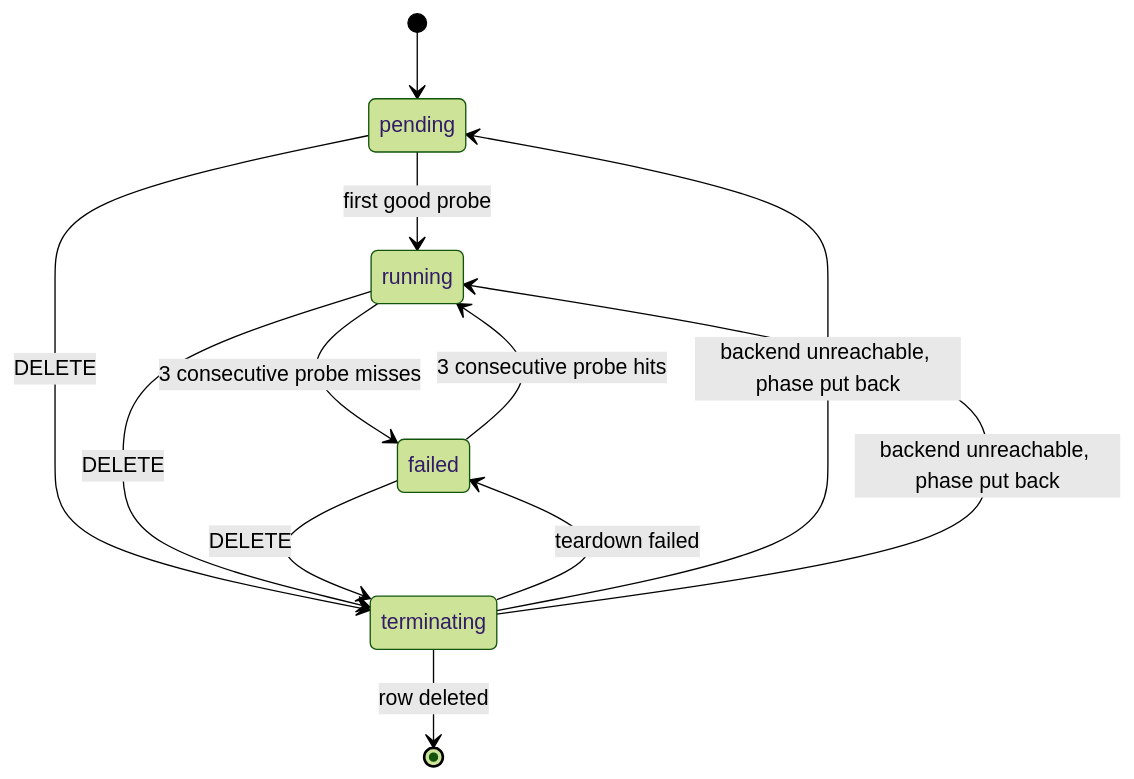
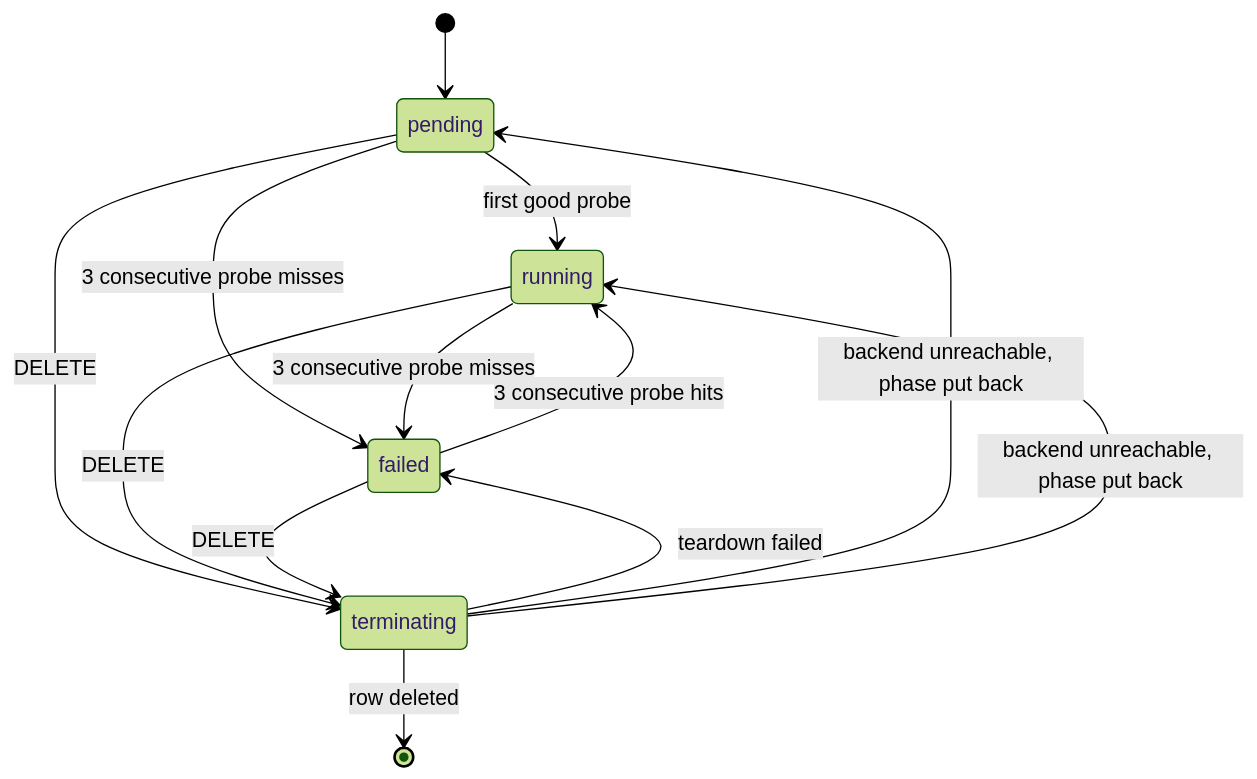
One commit to primerhq/primer changed the second of 3 diagrams in docs/dev/subsystems/workspaces.md. Above: the diagram before and after it, drawn with Mermaid (forest theme). The commit also changed other lines of this file and 5 other files, not shown here.

````diff
--- a/docs/dev/subsystems/workspaces.md
+++ b/docs/dev/subsystems/workspaces.md
@@ -75,14 +75,15 @@
 ```mermaid
 stateDiagram-v2
     [*] --> pending
     pending --> running : first good probe
+    pending --> failed : 3 consecutive probe misses
     running --> failed : 3 consecutive probe misses
     failed --> running : 3 consecutive probe hits
     pending --> terminating : DELETE
     running --> terminating : DELETE
     failed --> terminating : DELETE
     terminating --> [*] : row deleted
     terminating --> failed : teardown failed
     terminating --> pending : backend unreachable, phase put back
     terminating --> running : backend unreachable, phase put back
 ```
````
